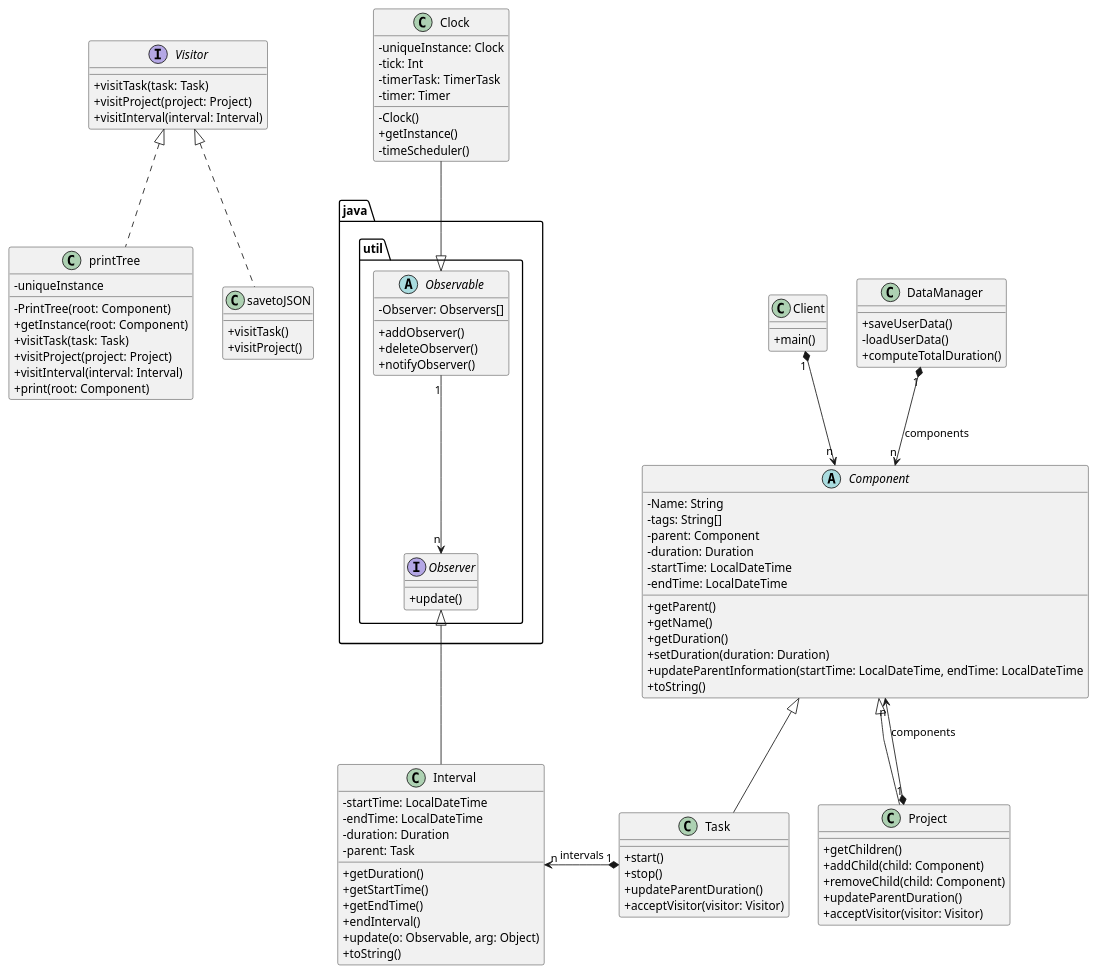
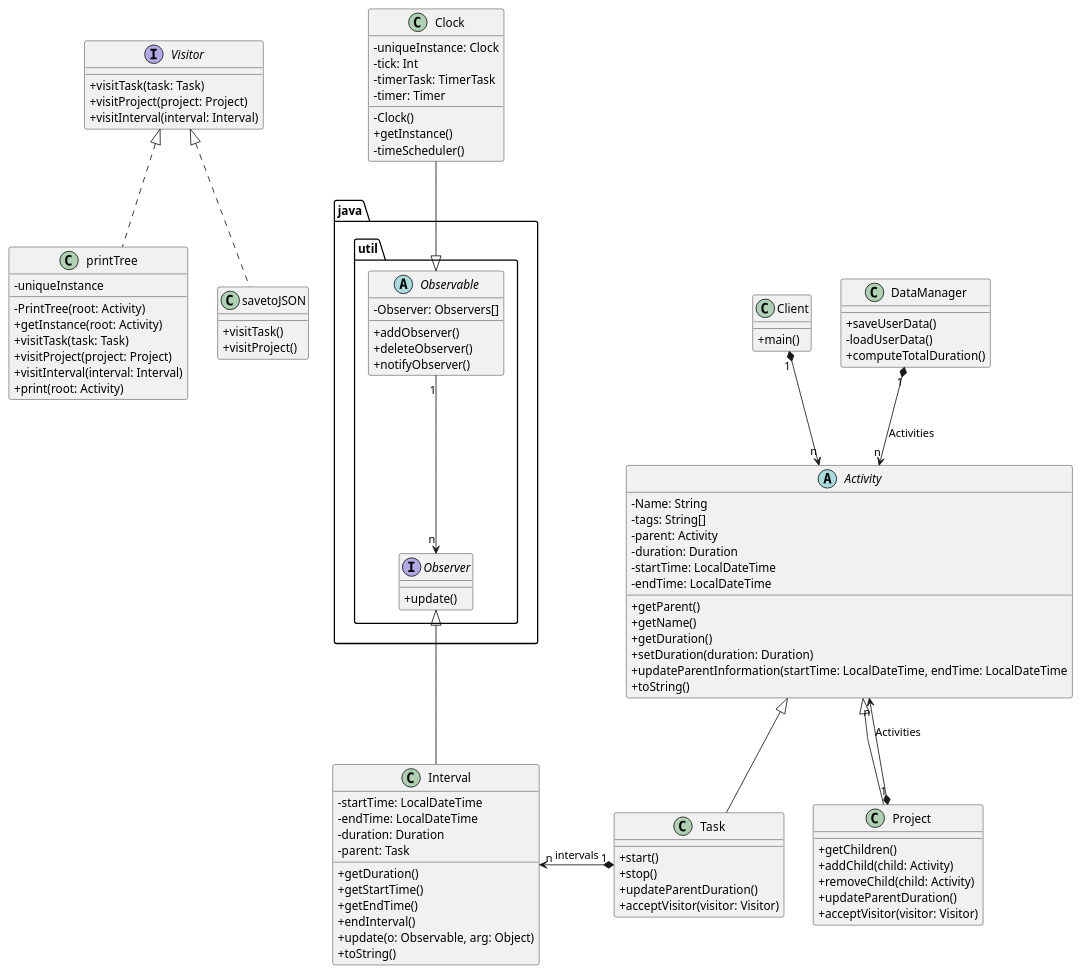
Before and after one commit to quimcamprubi/DS_Time_Tracker: the diagram in Time_Tracker/DSTimeTracker.puml, drawn with PlantUML. The commit also changed 14 other files, not shown here.

Commit message:
Refactor Component to Activity

```diff
--- a/Time_Tracker/DSTimeTracker.puml
+++ b/Time_Tracker/DSTimeTracker.puml
@@ -1,114 +1,114 @@
 @startuml 
 
 skinparam classAttributeIconSize 0
 skinparam linetype polyline
 
-abstract class Component {
+abstract class Activity {
 - Name: String
 - tags: String[]
-- parent: Component
+- parent: Activity
 - duration: Duration
 - startTime: LocalDateTime
 - endTime: LocalDateTime
 + getParent()
 + getName()
 + getDuration()
 + setDuration(duration: Duration)
 + updateParentInformation(startTime: LocalDateTime, endTime: LocalDateTime
 + toString()
 }
 
-class Project extends Component {
+class Project extends Activity {
 + getChildren()
-+ addChild(child: Component)
-+ removeChild(child: Component)
++ addChild(child: Activity)
++ removeChild(child: Activity)
 + updateParentDuration()
 + acceptVisitor(visitor: Visitor)
 }
 
-class Task extends Component {
+class Task extends Activity {
 + start()
 + stop()
 + updateParentDuration()
 + acceptVisitor(visitor: Visitor)
 }
 
 Interface Visitor{
 + visitTask(task: Task)
 + visitProject(project: Project)
 + visitInterval(interval: Interval)
 }
 
 class printTree {
 - uniqueInstance
-- PrintTree(root: Component)
-+ getInstance(root: Component)
+- PrintTree(root: Activity)
++ getInstance(root: Activity)
 + visitTask(task: Task)
 + visitProject(project: Project)
 + visitInterval(interval: Interval)
-+ print(root: Component)
++ print(root: Activity)
 }
 
 class savetoJSON {
 + visitTask()
 + visitProject()
 }
 
 class Interval{
 - startTime: LocalDateTime
 - endTime: LocalDateTime
 - duration: Duration
 - parent: Task
 + getDuration()
 + getStartTime()
 + getEndTime()
 + endInterval()
 + update(o: Observable, arg: Object)
 + toString()
 }
 
 package java.util <<Folder>> {
     Interface Observer{
     + update()
     }
 
     abstract class Observable {
     - Observer: Observers[]
     + addObserver()
     + deleteObserver()
     + notifyObserver()
     }
 }
 
 class Clock {
 - uniqueInstance: Clock
 - tick: Int
 - timerTask: TimerTask
 - timer: Timer
 - Clock()
 + getInstance()
 - timeScheduler()
 }
 
 class Client {
 + main()
 }
 
 class DataManager {
 + saveUserData()
 - loadUserData()
 + computeTotalDuration()
 }
 
-DataManager "1" *-down-> "n" Component: components
-Project "1" *-up-> "n" Component: components
-Client "1" *-down-> "n" Component
+DataManager "1" *-down-> "n" Activity: Activities
+Project "1" *-up-> "n" Activity: Activities
+Client "1" *-down-> "n" Activity
 Task "1" *-left-> "n" Interval: intervals
 Clock -down-|> Observable
 Observable "1" -Down-> "n" Observer
 Interval -up-|> Observer
 Task -[hidden]right-> Project
 printTree .up.|> Visitor
 savetoJSON .up.|> Visitor
 
 @enduml
```
